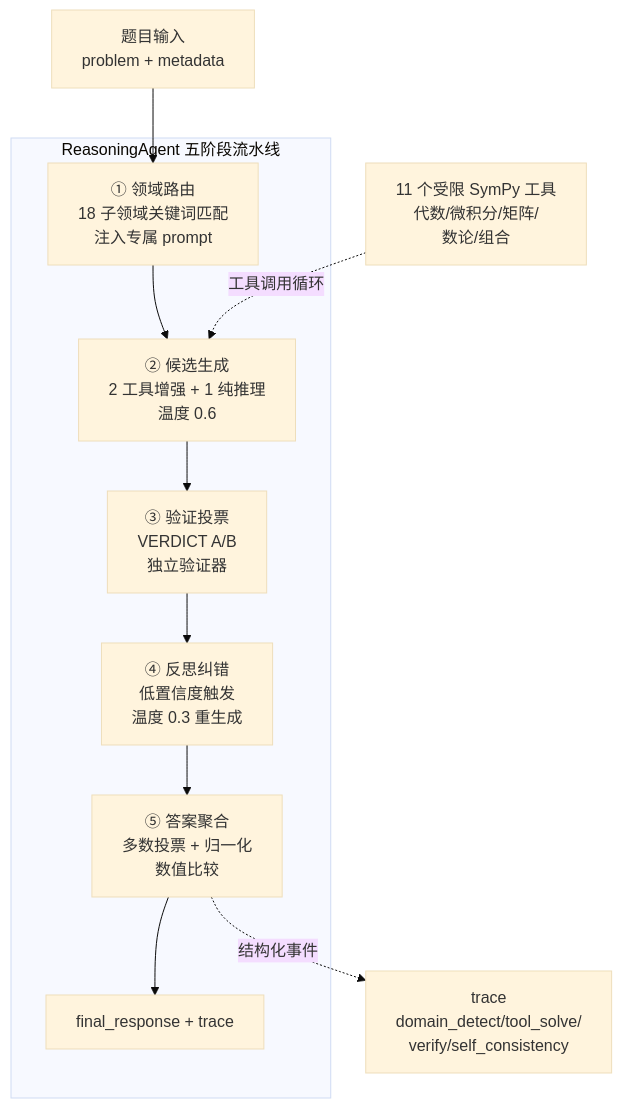
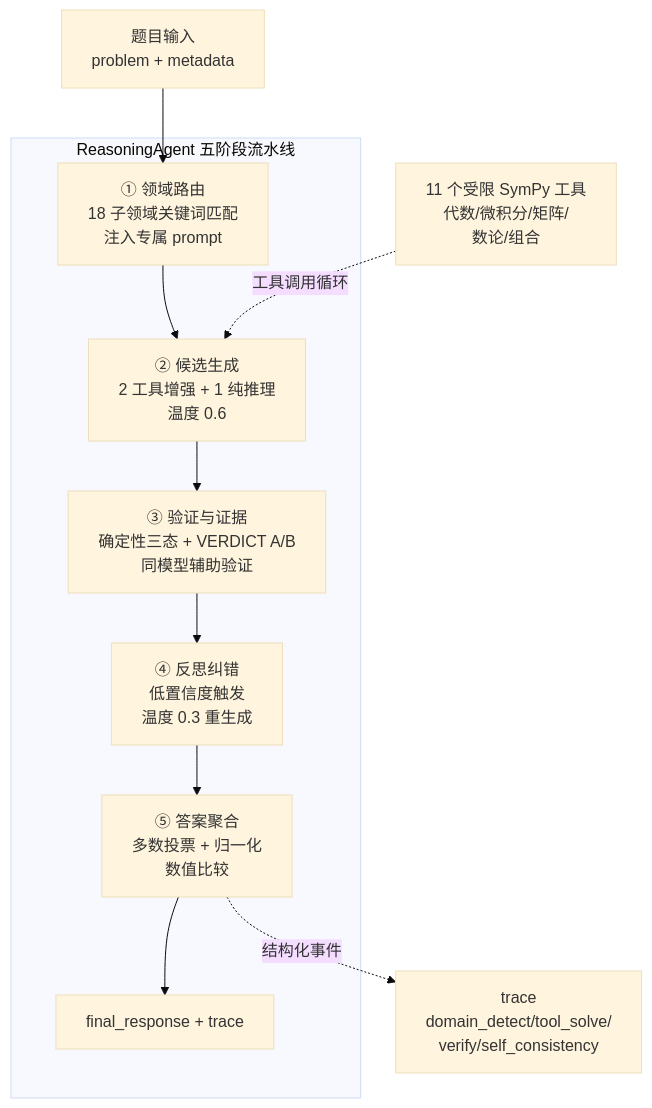
The diagram in 技术报告.md (huangchen725/math_agent), drawn with Mermaid (base theme) before and after one commit. The commit also changed other lines of this file and 36 other files, not shown here.

````diff
--- a/技术报告.md
+++ b/技术报告.md
@@ -13,14 +13,14 @@
 ```mermaid
 flowchart TB
     P["题目输入<br/>problem + metadata"] --> L1
     subgraph Agent["ReasoningAgent 五阶段流水线"]
         L1["① 领域路由<br/>18 子领域关键词匹配<br/>注入专属 prompt"] --> L2
         L2["② 候选生成<br/>2 工具增强 + 1 纯推理<br/>温度 0.6"] --> L3
-        L3["③ 验证投票<br/>VERDICT A/B<br/>独立验证器"] --> L4
+        L3["③ 验证与证据<br/>确定性三态 + VERDICT A/B<br/>同模型辅助验证"] --> L4
         L4["④ 反思纠错<br/>低置信度触发<br/>温度 0.3 重生成"] --> L5
         L5["⑤ 答案聚合<br/>多数投票 + 归一化<br/>数值比较"] --> O
     end
     T["11 个受限 SymPy 工具<br/>代数/微积分/矩阵/<br/>数论/组合"] -.工具调用循环.-> L2
     L5 -.结构化事件.-> TR["trace<br/>domain_detect/tool_solve/<br/>verify/self_consistency"]
     O["final_response + trace"]
 ```
````
